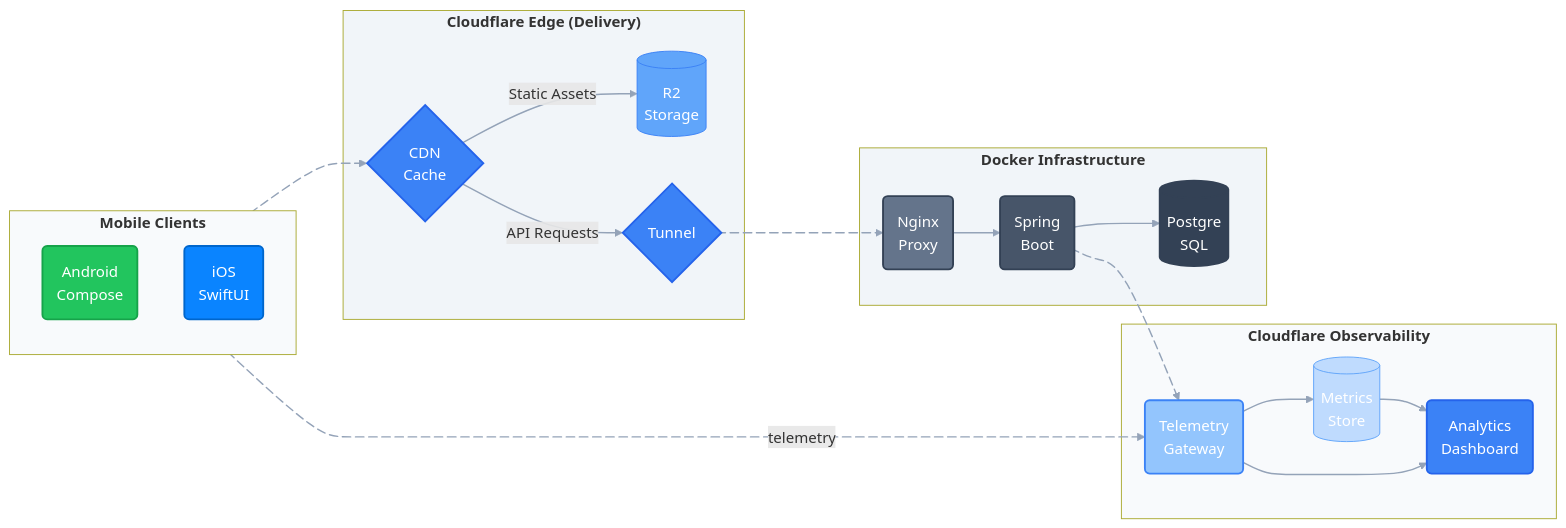
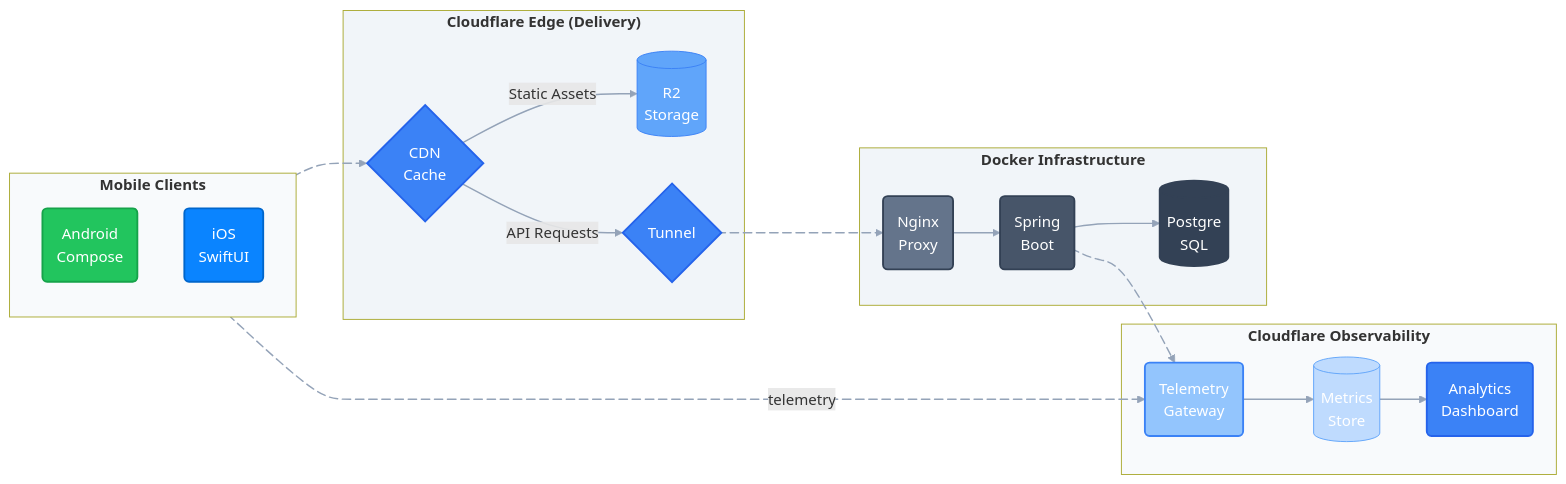
The diagram in README.md (susui888/susui888), drawn with Mermaid before and after one commit.

```diff
--- a/README.md
+++ b/README.md
@@ -59,7 +59,7 @@
                 E e4@--> W
                 W --> D1
                 D1 --> MON
-                W --> MON
+                %%W --> MON
 
                 Clients e2@-. telemetry .-> W
 
```
